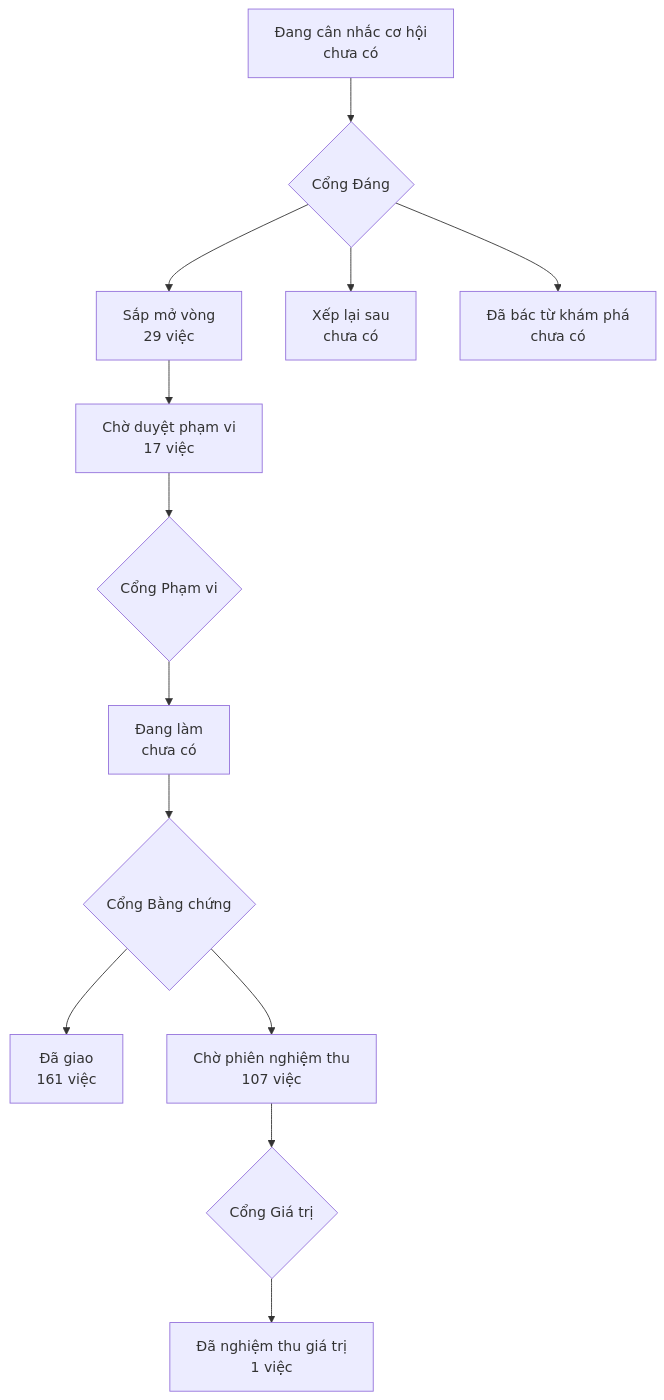
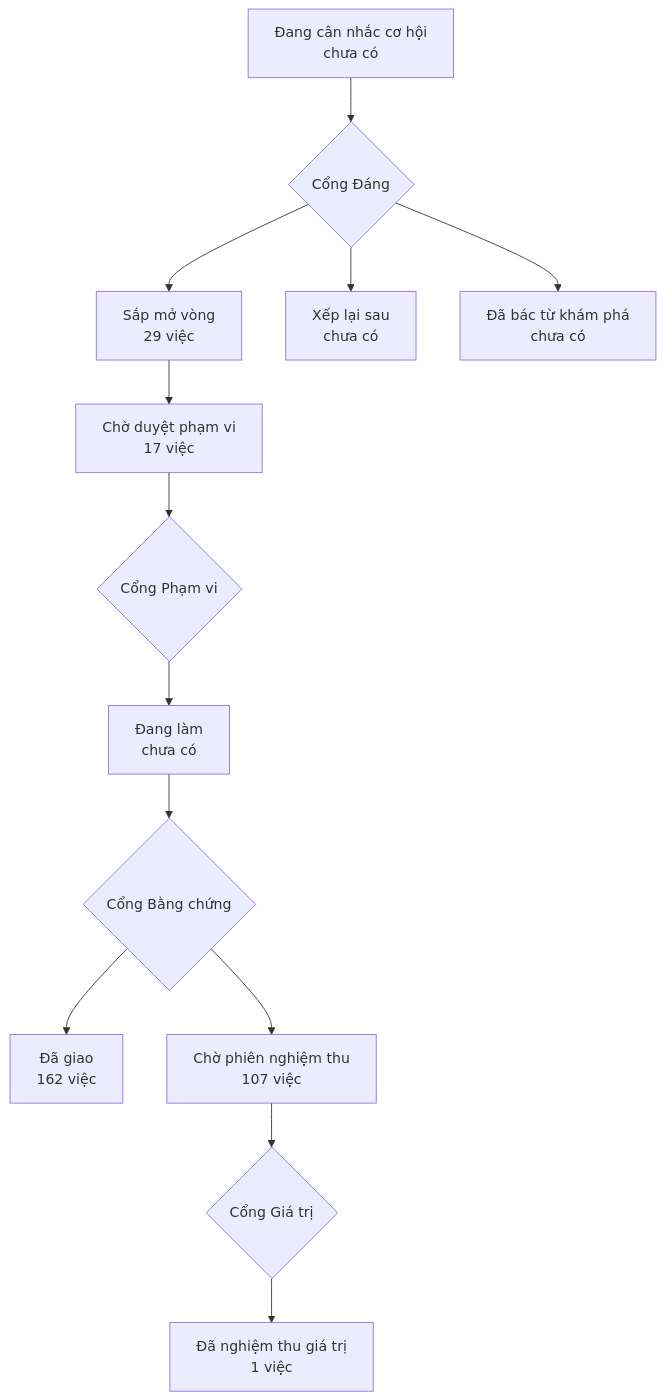
The diagram in PRODUCT-MAP.md (phanlemanh/onehub-invest), drawn with Mermaid before and after one commit. The commit also changed other lines of this file and 23 other files, not shown here.

````diff
--- a/PRODUCT-MAP.md
+++ b/PRODUCT-MAP.md
@@ -7,12 +7,12 @@
 ```mermaid
 flowchart TD
   A["Đang cân nhắc cơ hội<br/>chưa có"] --> GD{"Cổng Đáng"}
   GD --> B["Sắp mở vòng<br/>29 việc"]
   GD --> XL["Xếp lại sau<br/>chưa có"]
   GD --> DB["Đã bác từ khám phá<br/>chưa có"]
   B --> CD["Chờ duyệt phạm vi<br/>17 việc"] --> GP{"Cổng Phạm vi"}
   GP --> DL["Đang làm<br/>chưa có"] --> GB{"Cổng Bằng chứng"}
-  GB --> DG["Đã giao<br/>161 việc"]
+  GB --> DG["Đã giao<br/>162 việc"]
   GB --> CN["Chờ phiên nghiệm thu<br/>107 việc"] --> GG{"Cổng Giá trị"}
   GG --> NT["Đã nghiệm thu giá trị<br/>1 việc"]
 ```
````
